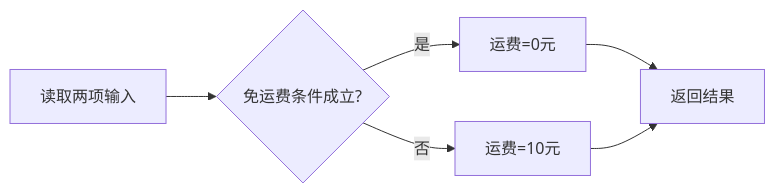
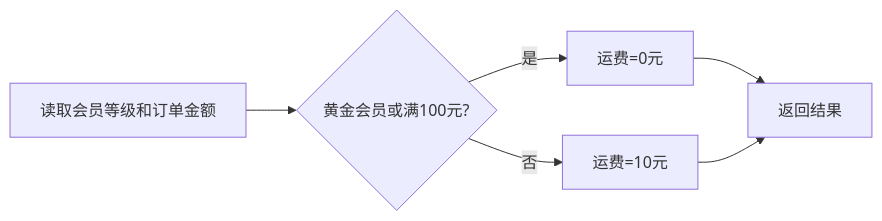
Before and after one commit to 74262195/system-architect-notes: the diagram in 01_综合知识/04_软件工程基础知识/03_分析与设计/结构化详细设计工具.md, drawn with Mermaid. The commit also changed other lines of this file and 16 other files, not shown here.

````diff
--- a/01_综合知识/04_软件工程基础知识/03_分析与设计/结构化详细设计工具.md
+++ b/01_综合知识/04_软件工程基础知识/03_分析与设计/结构化详细设计工具.md
@@ -77,8 +79,8 @@
 ```mermaid
 flowchart LR
-    A[读取两项输入] --> B{免运费条件成立?}
+    A[读取会员等级和订单金额] --> B{黄金会员或满100元?}
     B -- 是 --> C[运费=0元]
     B -- 否 --> D[运费=10元]
     C --> E[返回结果]
     D --> E
 ```
````
